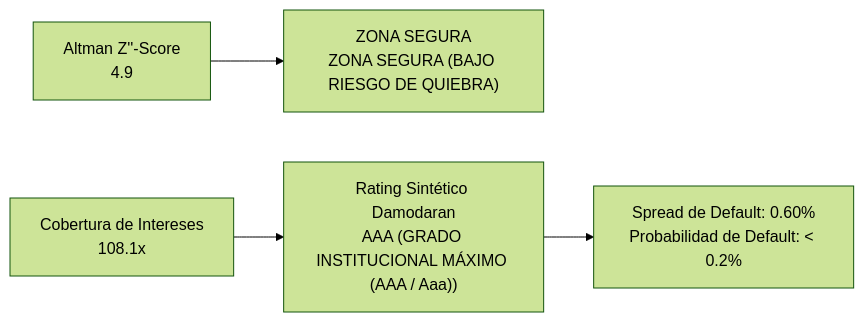
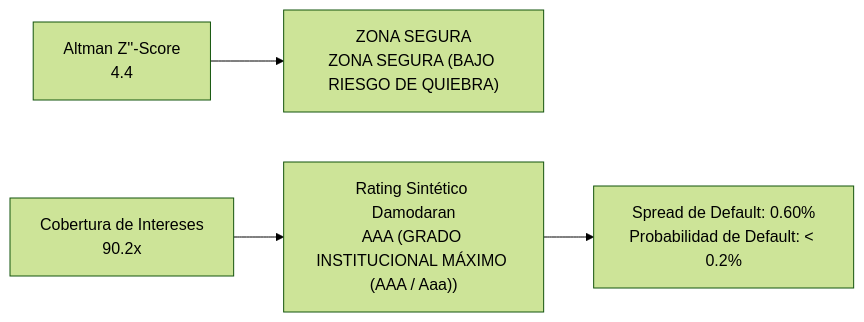
Before and after one commit to PabloS107/analisis-fundamental-acciones: the diagram in data/processed/META/Analisis_Resultados_LTM_META.md, drawn with Mermaid (forest theme). The commit also changed other lines of this file and 25 other files, not shown here.

````diff
--- a/data/processed/META/Analisis_Resultados_LTM_META.md
+++ b/data/processed/META/Analisis_Resultados_LTM_META.md
@@ -617,6 +624,6 @@
 ```mermaid
 graph LR
-    Z["Altman Z''-Score<br>4.9"] --> Z1["ZONA SEGURA<br>ZONA SEGURA (BAJO RIESGO DE QUIEBRA)"]
-    R["Cobertura de Intereses<br>108.1x"] --> R1["Rating Sintético Damodaran<br>AAA (GRADO INSTITUCIONAL MÁXIMO (AAA / Aaa))"]
+    Z["Altman Z''-Score<br>4.4"] --> Z1["ZONA SEGURA<br>ZONA SEGURA (BAJO RIESGO DE QUIEBRA)"]
+    R["Cobertura de Intereses<br>90.2x"] --> R1["Rating Sintético Damodaran<br>AAA (GRADO INSTITUCIONAL MÁXIMO (AAA / Aaa))"]
     R1 --> S["Spread de Default: 0.60%<br>Probabilidad de Default: < 0.2%"]
 ```
````
